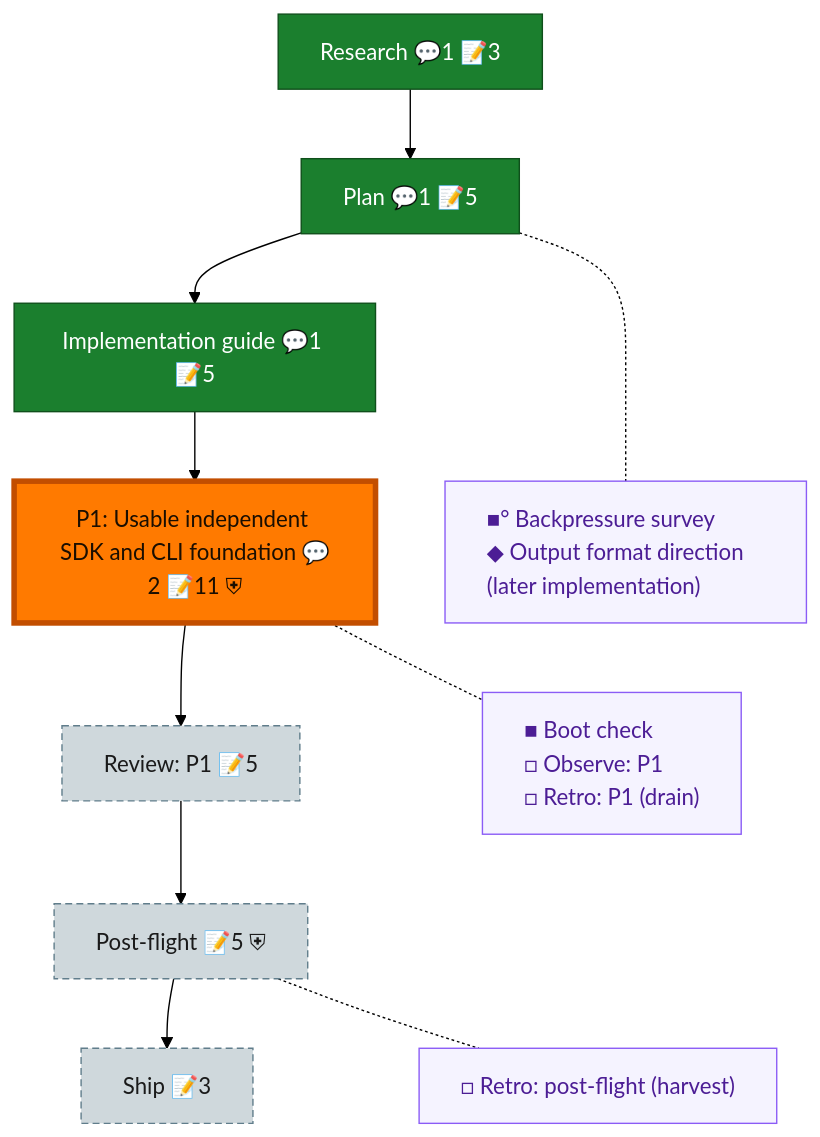
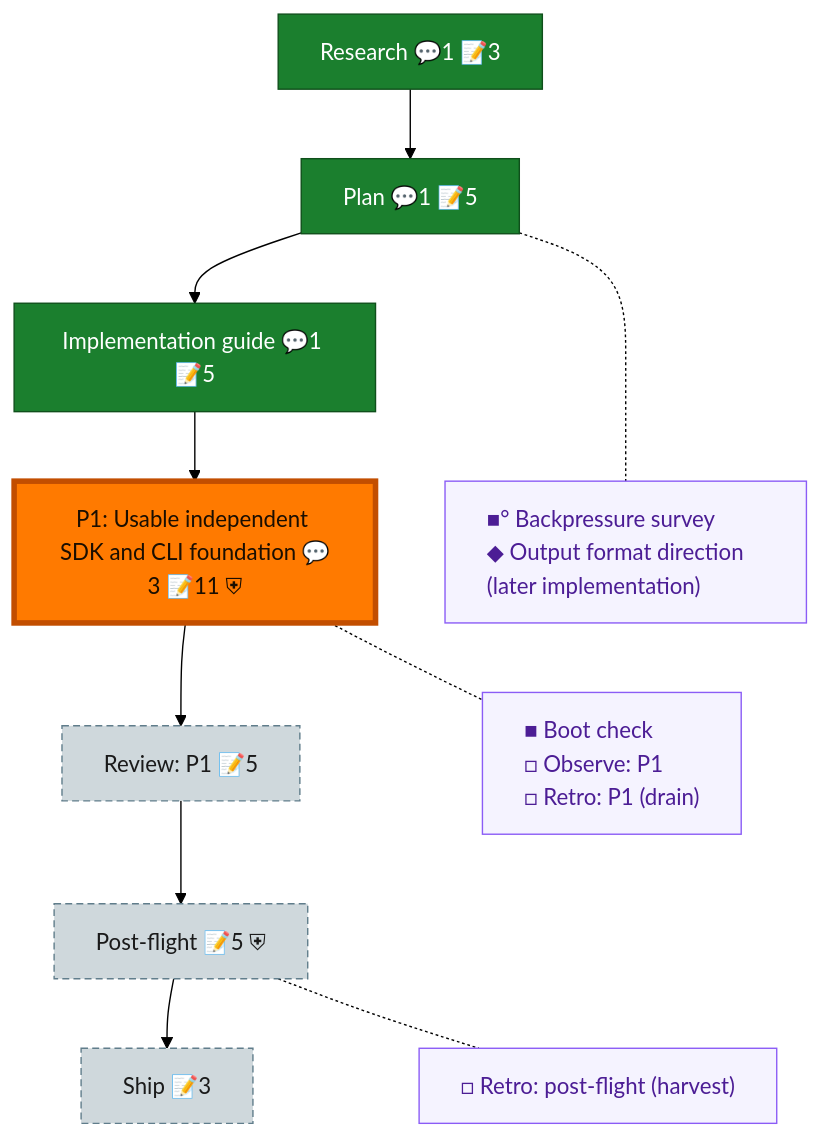
One commit to AI-Substrate/Unisphere changed the diagram in docs/plans/001-sdk-cli-foundation/the-flow.md. Above: the diagram before and after it, drawn with Mermaid (forest theme). The commit also changed other lines of this file and 2 other files, not shown here.

````diff
--- a/docs/plans/001-sdk-cli-foundation/the-flow.md
+++ b/docs/plans/001-sdk-cli-foundation/the-flow.md
@@ -8,31 +8,31 @@
 ```mermaid
 flowchart TD
     research["Research 💬1 📝3"]:::done
     plan["Plan 💬1 📝5"]:::done
     impl_guide["Implementation guide 💬1 📝5"]:::done
-    phase_1["P1: Usable independent SDK and CLI foundation 💬2 📝11 ⛨"]:::wip
+    phase_1["P1: Usable independent SDK and CLI foundation 💬3 📝11 ⛨"]:::wip
     review_1["Review: P1 📝5"]:::assumed
     post_flight["Post-flight 📝5 ⛨"]:::assumed
     ship["Ship 📝3"]:::assumed
 
     research --> plan --> impl_guide --> phase_1 --> review_1 --> post_flight --> ship
 
     planC["■° Backpressure survey<br/>◆ Output format direction (later implementation)"]:::chore
     phase_1C["■ Boot check<br/>□ Observe: P1<br/>□ Retro: P1 (drain)"]:::chore
     post_flightC["□ Retro: post-flight (harvest)"]:::chore
 
     %% invisible chain holds the gutter boxes in their own column
     planC ~~~ phase_1C ~~~ post_flightC
 
     %% dotted links pull each gutter box beside its node
     plan -.- planC
     phase_1 -.- phase_1C
     post_flight -.- post_flightC
 
     classDef done fill:#1B7F2E,stroke:#0F4F1B,color:#fff;
     classDef wip fill:#43C04A,stroke:#1B7F2E,color:#04210A;
     classDef assumed fill:#CFD8DC,stroke:#607D8B,color:#1a1a1a,stroke-dasharray:5 3;
     classDef chore fill:#f5f3ff,stroke:#8b5cf6,color:#4c1d95,text-align:left;
     classDef current fill:#FF7A00,stroke:#C24E00,color:#1a0e00,stroke-width:4px;
     class phase_1 current;
 ```
````
